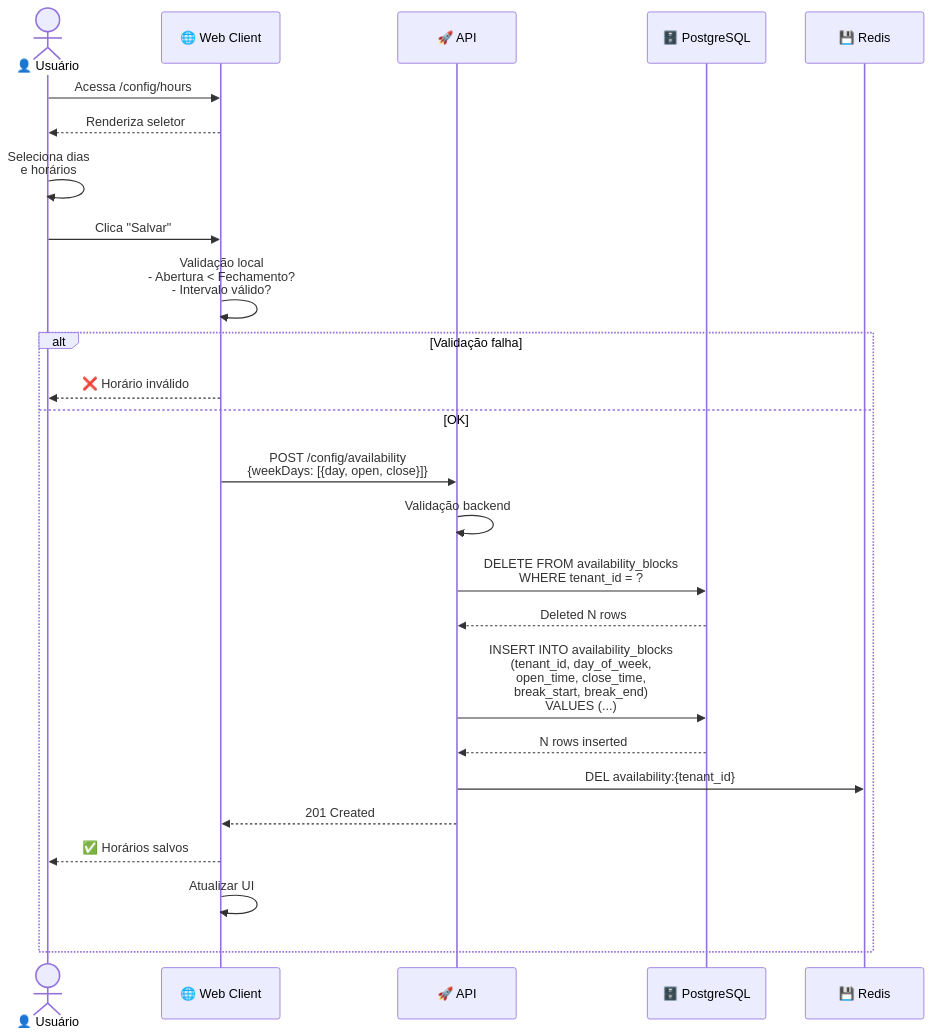
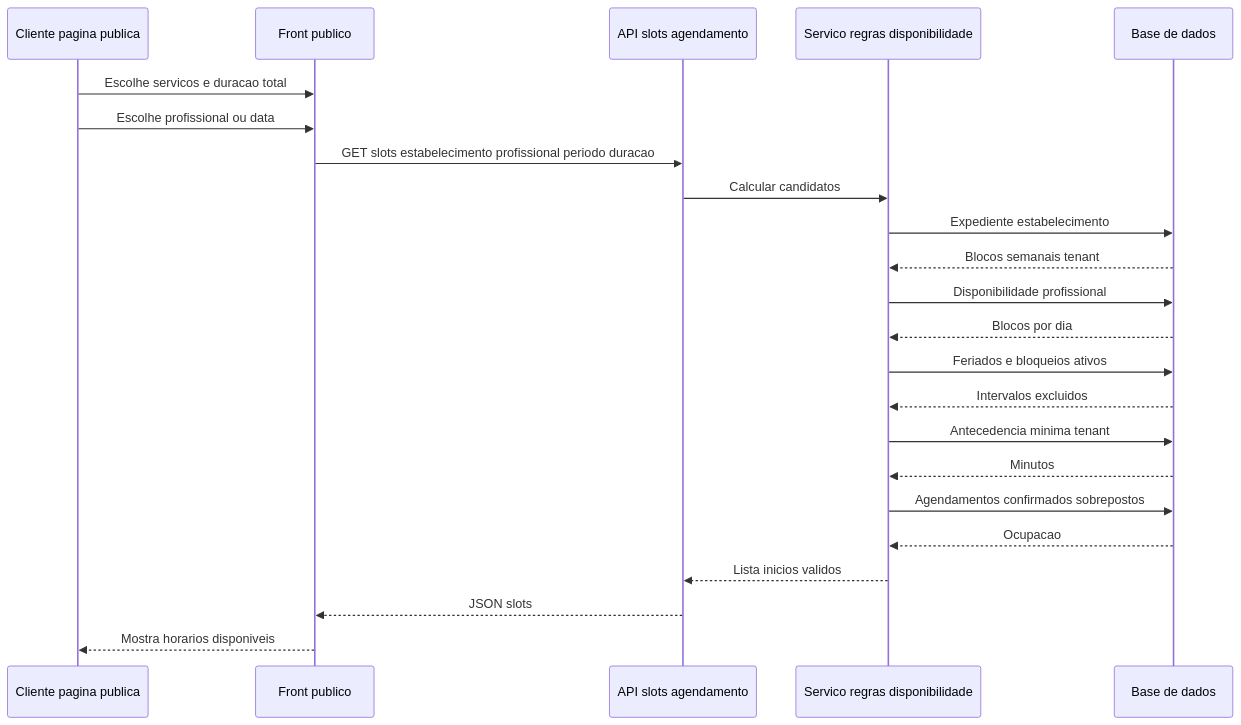
Before and after one commit to rspindola/agenda-xpto: the first of 2 diagrams in docs/flow/04-availability/diagrams/sequence/flow.md, drawn with Mermaid. The commit also changed other lines of this file and 6 other files, not shown here.

````diff
--- a/docs/flow/04-availability/diagrams/sequence/flow.md
+++ b/docs/flow/04-availability/diagrams/sequence/flow.md
@@ -49,36 +7,32 @@
 ```mermaid
 sequenceDiagram
-    actor User as 👤 Usuário
-    participant Web as 🌐 Web Client
-    participant API as 🚀 API
-    participant DB as 🗄️ PostgreSQL
-    participant Cache as 💾 Redis
-    
-    User->>Web: Acessa /config/hours
-    Web-->>User: Renderiza seletor
-    
-    User->>User: Seleciona dias<br/>e horários
-    User->>Web: Clica "Salvar"
-    
-    Web->>Web: Validação local<br/>- Abertura < Fechamento?<br/>- Intervalo válido?
-    
-    alt Validação falha
-        Web-->>User: ❌ Horário inválido
-    else OK
-        Web->>API: POST /config/availability<br/>{weekDays: [{day, open, close}]}
-        
-        API->>API: Validação backend
-        API->>DB: DELETE FROM availability_blocks<br/>WHERE tenant_id = ?
-        
-        DB-->>API: Deleted N rows
-        
-        API->>DB: INSERT INTO availability_blocks<br/>(tenant_id, day_of_week,<br/>open_time, close_time,<br/>break_start, break_end)<br/>VALUES (...)
-        
-        DB-->>API: N rows inserted
-        API->>Cache: DEL availability:{tenant_id}
-        API-->>Web: 201 Created
-        
-        Web-->>User: ✅ Horários salvos
-        Web->>Web: Atualizar UI
-    end
+    participant Cliente as Cliente pagina publica
+    participant Web as Front publico
+    participant API as API slots agendamento
+    participant Reg as Servico regras disponibilidade
+    participant DB as Base de dados
+
+    Cliente->>Web: Escolhe servicos e duracao total
+    Cliente->>Web: Escolhe profissional ou data
+    Web->>API: GET slots estabelecimento profissional periodo duracao
+
+    API->>Reg: Calcular candidatos
+    Reg->>DB: Expediente estabelecimento
+    DB-->>Reg: Blocos semanais tenant
+
+    Reg->>DB: Disponibilidade profissional
+    DB-->>Reg: Blocos por dia
+
+    Reg->>DB: Feriados e bloqueios ativos
+    DB-->>Reg: Intervalos excluidos
+
+    Reg->>DB: Antecedencia minima tenant
+    DB-->>Reg: Minutos
+
+    Reg->>DB: Agendamentos confirmados sobrepostos
+    DB-->>Reg: Ocupacao
+
+    Reg-->>API: Lista inicios validos
+    API-->>Web: JSON slots
+    Web-->>Cliente: Mostra horarios disponiveis
 ```
````
